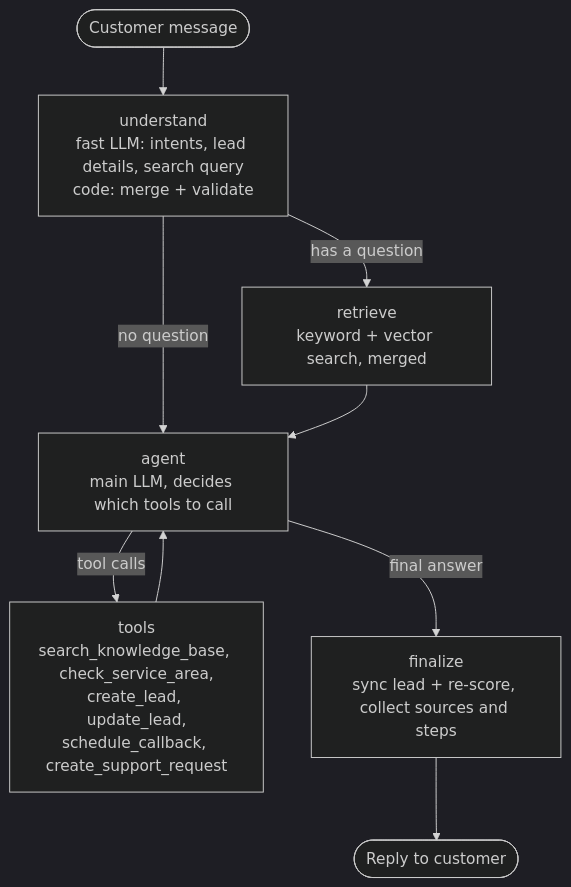
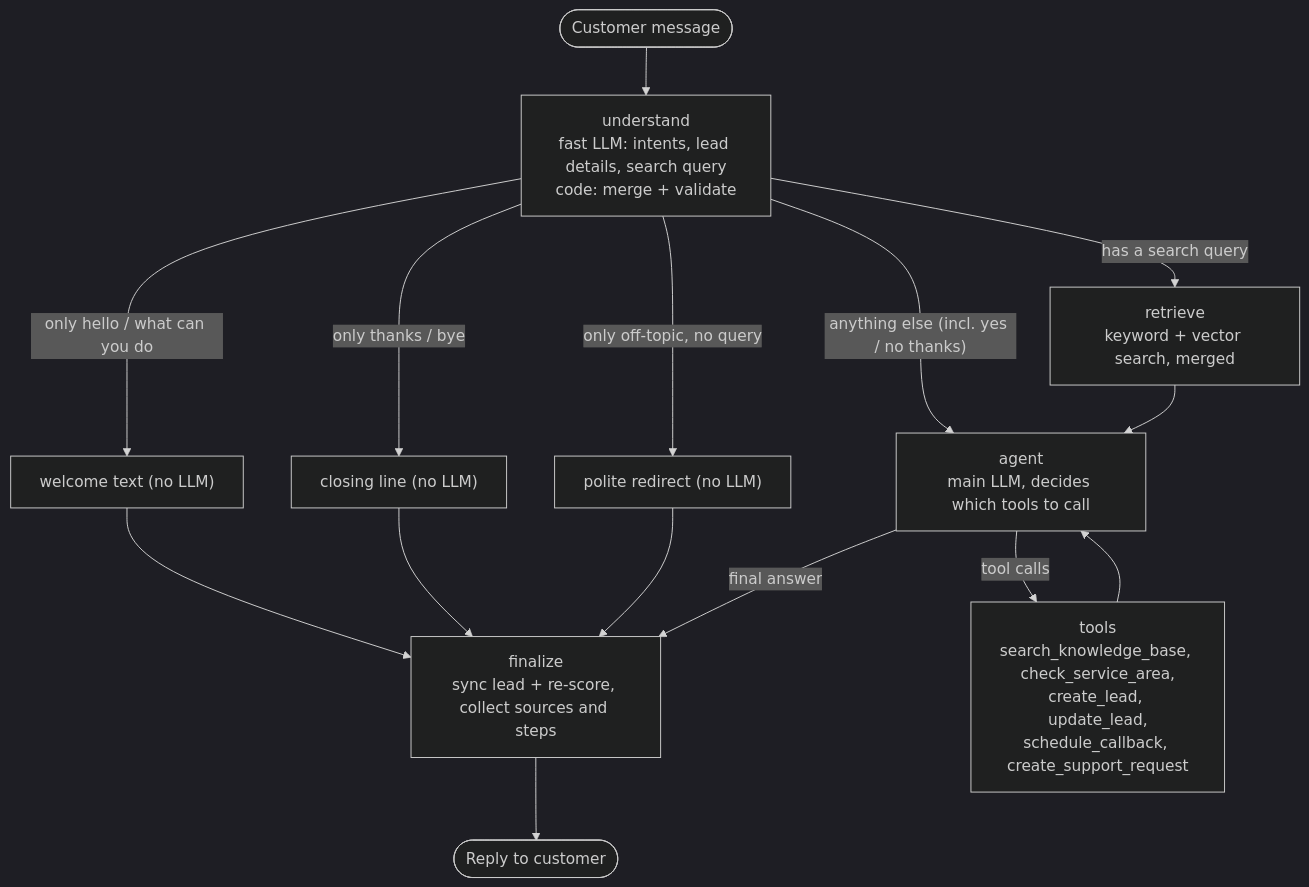
One commit to AdithyaChauhan/vantis-sales-agent changed the second of 2 diagrams in docs/PLAN.md. Above: the diagram before and after it, drawn with Mermaid (dark theme). The commit also changed other lines of this file and 34 other files, not shown here.

First line of the commit message:
feat(agent): T8a LangGraph agent with query rewrite, tools and memory

````diff
--- a/docs/PLAN.md
+++ b/docs/PLAN.md
@@ -91,11 +91,17 @@
 ```mermaid
 flowchart TD
   msg(["Customer message"]) --> understand["understand<br/>fast LLM: intents, lead details, search query<br/>code: merge + validate"]
-  understand -->|"has a question"| retrieve["retrieve<br/>keyword + vector search, merged"]
-  understand -->|"no question"| agent
+  understand -->|"only hello / what can you do"| welcome["welcome text (no LLM)"]
+  understand -->|"only thanks / bye"| closing["closing line (no LLM)"]
+  understand -->|"only off-topic, no query"| redirect["polite redirect (no LLM)"]
+  welcome --> finalize
+  closing --> finalize
+  redirect --> finalize
+  understand -->|"has a search query"| retrieve["retrieve<br/>keyword + vector search, merged"]
+  understand -->|"anything else (incl. yes / no thanks)"| agent
   retrieve --> agent["agent<br/>main LLM, decides which tools to call"]
   agent -->|"tool calls"| tools["tools<br/>search_knowledge_base, check_service_area,<br/>create_lead, update_lead,<br/>schedule_callback, create_support_request"]
   tools --> agent
   agent -->|"final answer"| finalize["finalize<br/>sync lead + re-score, collect sources and steps"]
   finalize --> reply(["Reply to customer"])
 ```
````
